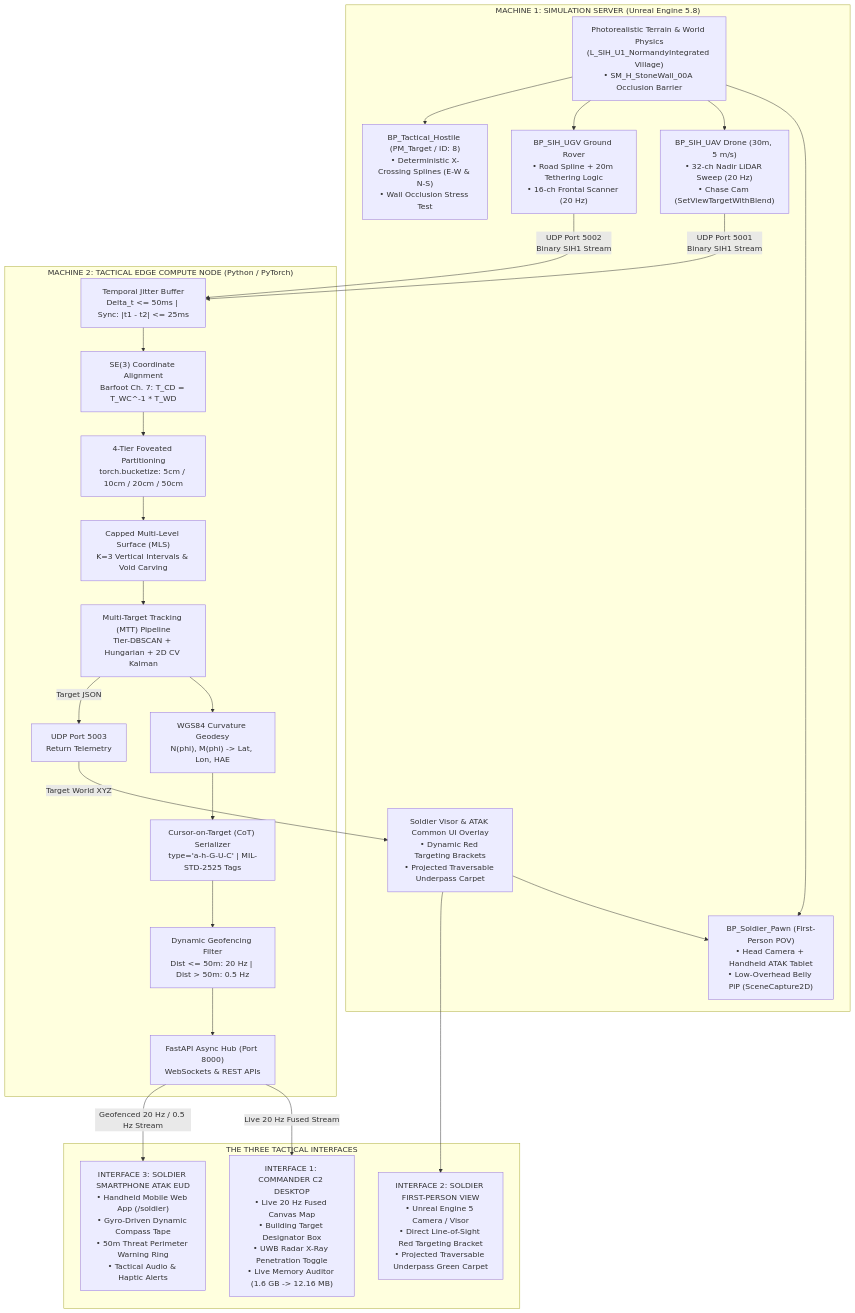
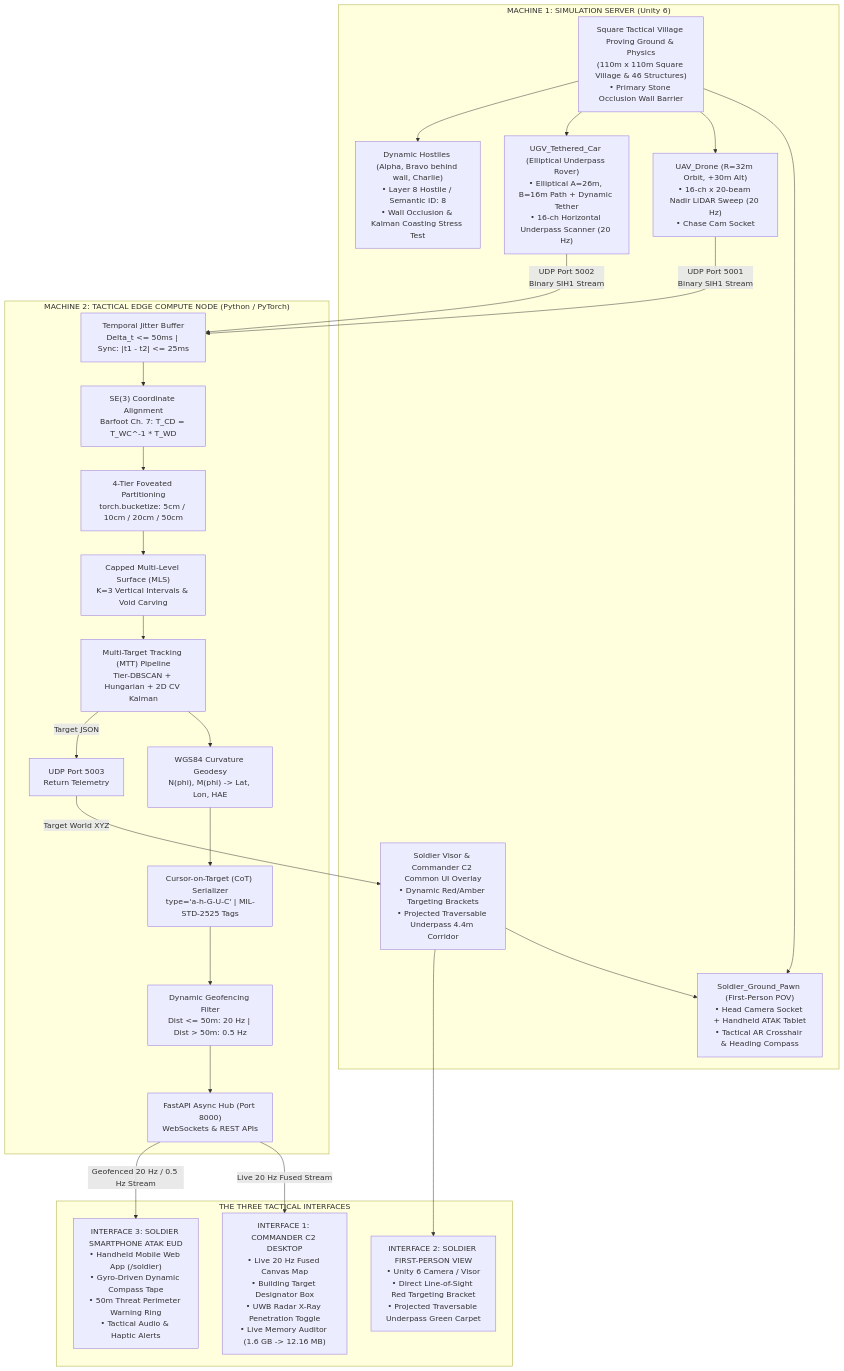
The first of 2 diagrams in master_documentation.md (j7452479-a11y/sih), drawn with Mermaid before and after one commit. The commit also changed other lines of this file and 165 other files, not shown here.

Commit message:
feat(unity): complete migration from Unreal Engine to Unity 6 Proving Ground

````diff
--- a/master_documentation.md
+++ b/master_documentation.md
@@ -47,48 +47,48 @@
 ```mermaid
 flowchart TD
-    subgraph Machine1 ["MACHINE 1: SIMULATION SERVER (Unreal Engine 5.8)"]
-        UE_ENV["Photorealistic Terrain & World Physics<br/>(L_SIH_U1_NormandyIntegrated Village)<br/>• SM_H_StoneWall_00A Occlusion Barrier"]
-        SOLDIER["BP_Soldier_Pawn (First-Person POV)<br/>• Head Camera + Handheld ATAK Tablet<br/>• Low-Overhead Belly PiP (SceneCapture2D)"]
-        UAV["BP_SIH_UAV Drone (30m, 5 m/s)<br/>• 32-ch Nadir LiDAR Sweep (20 Hz)<br/>• Chase Cam (SetViewTargetWithBlend)"]
-        UGV["BP_SIH_UGV Ground Rover<br/>• Road Spline + 20m Tethering Logic<br/>• 16-ch Frontal Scanner (20 Hz)"]
-        HOSTILE["BP_Tactical_Hostile (PM_Target / ID: 8)<br/>• Deterministic X-Crossing Splines (E-W & N-S)<br/>• Wall Occlusion Stress Test"]
-        HUD["Soldier Visor & ATAK Common UI Overlay<br/>• Dynamic Red Targeting Brackets<br/>• Projected Traversable Underpass Carpet"]
+    subgraph Machine1 ["MACHINE 1: SIMULATION SERVER (Unity 6)"]
+        UNITY_ENV["Square Tactical Village Proving Ground & Physics<br/>(110m x 110m Square Village & 46 Structures)<br/>• Primary Stone Occlusion Wall Barrier"]
+        SOLDIER["Soldier_Ground_Pawn (First-Person POV)<br/>• Head Camera Socket + Handheld ATAK Tablet<br/>• Tactical AR Crosshair & Heading Compass"]
+        UAV["UAV_Drone (R=32m Orbit, +30m Alt)<br/>• 16-ch x 20-beam Nadir LiDAR Sweep (20 Hz)<br/>• Chase Cam Socket"]
+        UGV["UGV_Tethered_Car (Elliptical Underpass Rover)<br/>• Elliptical A=26m, B=16m Path + Dynamic Tether<br/>• 16-ch Horizontal Underpass Scanner (20 Hz)"]
+        HOSTILE["Dynamic Hostiles (Alpha, Bravo behind wall, Charlie)<br/>• Layer 8 Hostile / Semantic ID: 8<br/>• Wall Occlusion & Kalman Coasting Stress Test"]
+        HUD["Soldier Visor & Commander C2 Common UI Overlay<br/>• Dynamic Red/Amber Targeting Brackets<br/>• Projected Traversable Underpass 4.4m Corridor"]
         
-        UE_ENV --> SOLDIER
-        UE_ENV --> UAV
-        UE_ENV --> UGV
-        UE_ENV --> HOSTILE
+        UNITY_ENV --> SOLDIER
+        UNITY_ENV --> UAV
+        UNITY_ENV --> UGV
+        UNITY_ENV --> HOSTILE
     end
 
     UAV -->|UDP Port 5001<br/>Binary SIH1 Stream| JIT
     UGV -->|UDP Port 5002<br/>Binary SIH1 Stream| JIT
 
     subgraph Machine2 ["MACHINE 2: TACTICAL EDGE COMPUTE NODE (Python / PyTorch)"]
         JIT["Temporal Jitter Buffer<br/>Delta_t <= 50ms | Sync: |t1 - t2| <= 25ms"]
         REG["SE(3) Coordinate Alignment<br/>Barfoot Ch. 7: T_CD = T_WC^-1 * T_WD"]
         FOV["4-Tier Foveated Partitioning<br/>torch.bucketize: 5cm / 10cm / 20cm / 50cm"]
         MLS["Capped Multi-Level Surface (MLS)<br/>K=3 Vertical Intervals & Void Carving"]
         MTT["Multi-Target Tracking (MTT) Pipeline<br/>Tier-DBSCAN + Hungarian + 2D CV Kalman"]
         WGS["WGS84 Curvature Geodesy<br/>N(phi), M(phi) -> Lat, Lon, HAE"]
         COT["Cursor-on-Target (CoT) Serializer<br/>type='a-h-G-U-C' | MIL-STD-2525 Tags"]
         GEO["Dynamic Geofencing Filter<br/>Dist <= 50m: 20 Hz | Dist > 50m: 0.5 Hz"]
         WS["FastAPI Async Hub (Port 8000)<br/>WebSockets & REST APIs"]
 
         JIT --> REG --> FOV --> MLS --> MTT
         MTT --> WGS --> COT --> GEO --> WS
         MTT -->|Target JSON| UDP_RET["UDP Port 5003<br/>Return Telemetry"]
     end
 
     UDP_RET -->|Target World XYZ| HUD
     HUD --> SOLDIER
 
     subgraph Interfaces ["THE THREE TACTICAL INTERFACES"]
         INT1["INTERFACE 1: COMMANDER C2 DESKTOP<br/>• Live 20 Hz Fused Canvas Map<br/>• Building Target Designator Box<br/>• UWB Radar X-Ray Penetration Toggle<br/>• Live Memory Auditor (1.6 GB -> 12.16 MB)"]
-        INT2["INTERFACE 2: SOLDIER FIRST-PERSON VIEW<br/>• Unreal Engine 5 Camera / Visor<br/>• Direct Line-of-Sight Red Targeting Bracket<br/>• Projected Traversable Underpass Green Carpet"]
+        INT2["INTERFACE 2: SOLDIER FIRST-PERSON VIEW<br/>• Unity 6 Camera / Visor<br/>• Direct Line-of-Sight Red Targeting Bracket<br/>• Projected Traversable Underpass Green Carpet"]
         INT3["INTERFACE 3: SOLDIER SMARTPHONE ATAK EUD<br/>• Handheld Mobile Web App (/soldier)<br/>• Gyro-Driven Dynamic Compass Tape<br/>• 50m Threat Perimeter Warning Ring<br/>• Tactical Audio & Haptic Alerts"]
         
         WS -->|Live 20 Hz Fused Stream| INT1
         HUD --> INT2
         WS -->|Geofenced 20 Hz / 0.5 Hz Stream| INT3
     end
 ```
````
